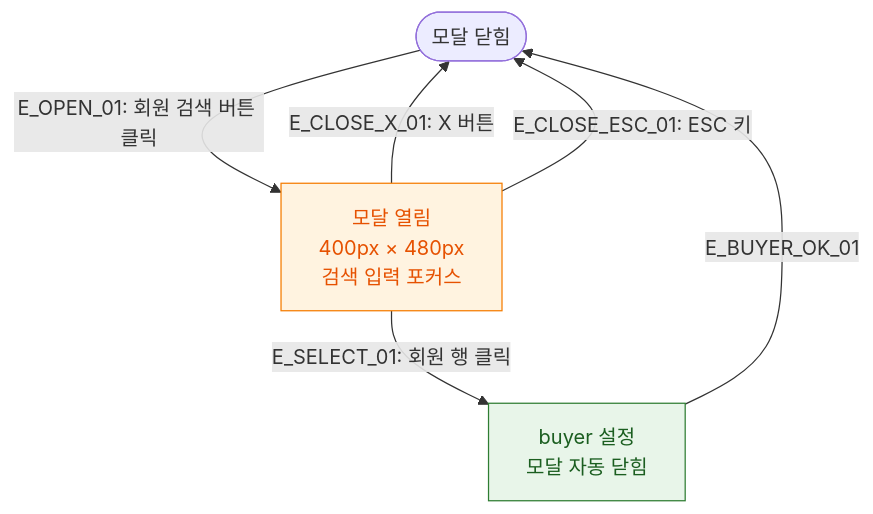
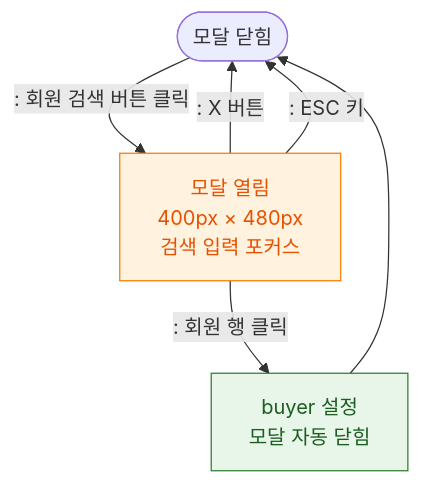
Before and after one commit to dev-spogym/admin-pando: the diagram in docs/다이어그램/D03_매출관리/DLG-S002_구매자검색/M1_모달생명주기.md, drawn with Mermaid. The commit also changed other lines of this file and 1660 other files, not shown here.

First line of the commit message:
다이어그램: 기획자/클라이언트 납품본으로 정리

````diff
--- a/docs/다이어그램/D03_매출관리/DLG-S002_구매자검색/M1_모달생명주기.md
+++ b/docs/다이어그램/D03_매출관리/DLG-S002_구매자검색/M1_모달생명주기.md
@@ -20,17 +18,17 @@
 ```mermaid
 flowchart TD
-    CLOSED([모달 닫힘]) -->|"E_OPEN_01: 회원 검색 버튼 클릭"| OPEN[모달 열림\n400px × 480px\n검색 입력 포커스]
+    CLOSED([모달 닫힘]) -->|": 회원 검색 버튼 클릭"|OPEN[모달 열림\n400px × 480px\n검색 입력 포커스]
 
-    OPEN -->|"E_SELECT_01: 회원 행 클릭"| SET_BUYER[buyer 설정\n모달 자동 닫힘]
-    OPEN -->|"E_CLOSE_X_01: X 버튼"| CLOSED
-    OPEN -->|"E_CLOSE_ESC_01: ESC 키"| CLOSED
+    OPEN -->|": 회원 행 클릭"|SET_BUYER[buyer 설정\n모달 자동 닫힘]
+    OPEN -->|": X 버튼"|CLOSED
+    OPEN -->|": ESC 키"|CLOSED
 
-    SET_BUYER -->|E_BUYER_OK_01| CLOSED
+    SET_BUYER --> CLOSED
 
     classDef modal fill:#FFF3E0,stroke:#F57C00,color:#E65100
     classDef system fill:#EDE7F6,stroke:#5E35B2
     classDef success fill:#E8F5E9,stroke:#2E7D32,color:#1B5E20
 
     class OPEN modal
     class SET_BUYER success
 ```
````
